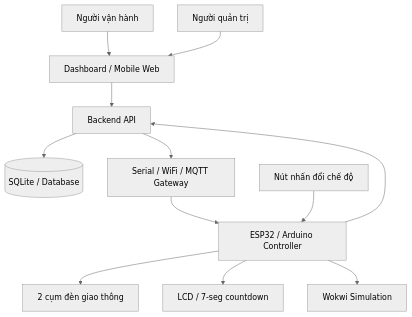
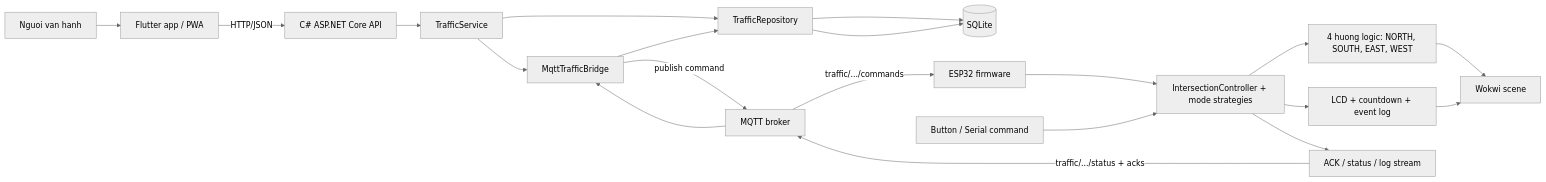
One commit to xuanhai0913/iot-traffic-light-wokwi changed the first of 7 diagrams in 09_so_do_thiet_ke.md. Above: the diagram before and after it, drawn with Mermaid (neutral theme). The commit also changed other lines of this file and 51 other files, not shown here.

Commit message:
docs: sync diagrams and add flutter ios target

````diff
--- a/09_so_do_thiet_ke.md
+++ b/09_so_do_thiet_ke.md
@@ -27,26 +27,38 @@
 ```mermaid
-flowchart TD
-    Operator["Người vận hành"]
-    Admin["Người quản trị"]
-    Dashboard["Dashboard / Mobile Web"]
-    Backend["Backend API"]
-    Database[("SQLite / Database")]
-    Gateway["Serial / WiFi / MQTT Gateway"]
-    Controller["ESP32 / Arduino Controller"]
-    Wokwi["Wokwi Simulation"]
-    Lights["2 cụm đèn giao thông"]
-    Display["LCD / 7-seg countdown"]
-    Buttons["Nút nhấn đổi chế độ"]
+flowchart LR
+    Operator["Nguoi van hanh"]
+    Mobile["Flutter app / PWA"]
+    Api["C# ASP.NET Core API"]
+    Service["TrafficService"]
+    Repo["TrafficRepository"]
+    Db[("SQLite")]
+    Bridge["MqttTrafficBridge"]
+    Broker["MQTT broker"]
+    Device["ESP32 firmware"]
+    Controller["IntersectionController + mode strategies"]
+    Inputs["Button / Serial command"]
+    Scene["Wokwi scene"]
+    Signals["4 huong logic: NORTH, SOUTH, EAST, WEST"]
+    Display["LCD + countdown + event log"]
+    Ack["ACK / status / log stream"]
 
-    Operator --> Dashboard
-    Admin --> Dashboard
-    Dashboard --> Backend
-    Backend --> Database
-    Backend --> Gateway
-    Gateway --> Controller
-    Buttons --> Controller
-    Controller --> Lights
+    Operator --> Mobile
+    Mobile -->|"HTTP/JSON"| Api
+    Api --> Service
+    Service --> Repo
+    Repo --> Db
+    Service --> Bridge
+    Bridge -->|"publish command"| Broker
+    Broker -->|"traffic/.../commands"| Device
+    Device --> Controller
+    Inputs --> Controller
+    Controller --> Signals
     Controller --> Display
-    Controller --> Wokwi
-    Controller --> Backend
+    Signals --> Scene
+    Display --> Scene
+    Controller --> Ack
+    Ack -->|"traffic/.../status + acks"| Broker
+    Broker --> Bridge
+    Bridge --> Repo
+    Repo --> Db
 ```
````
